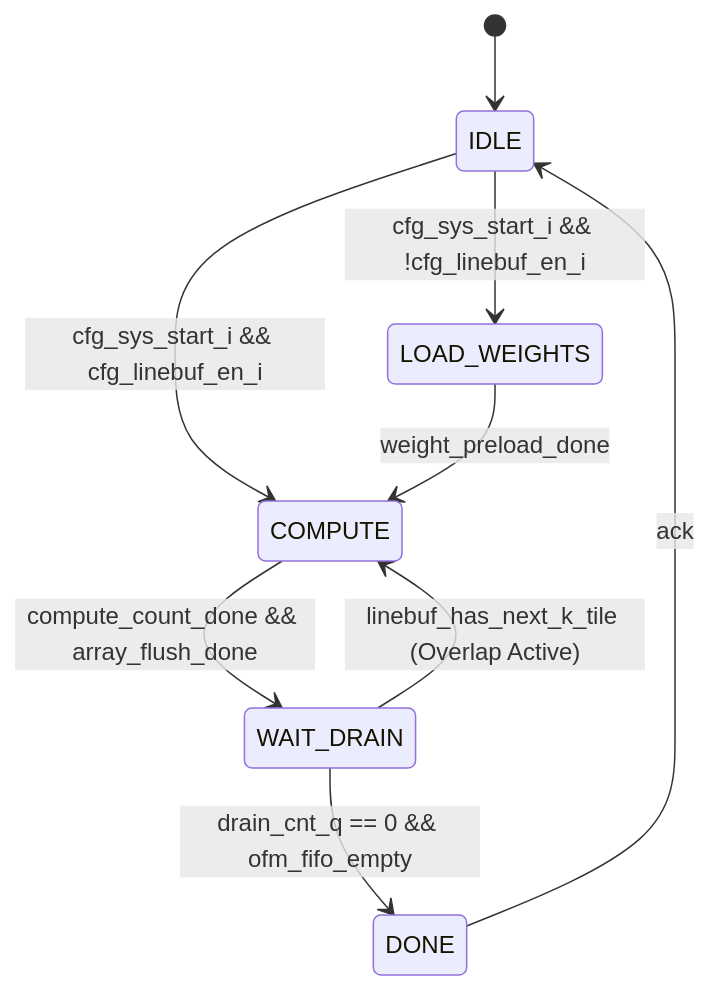
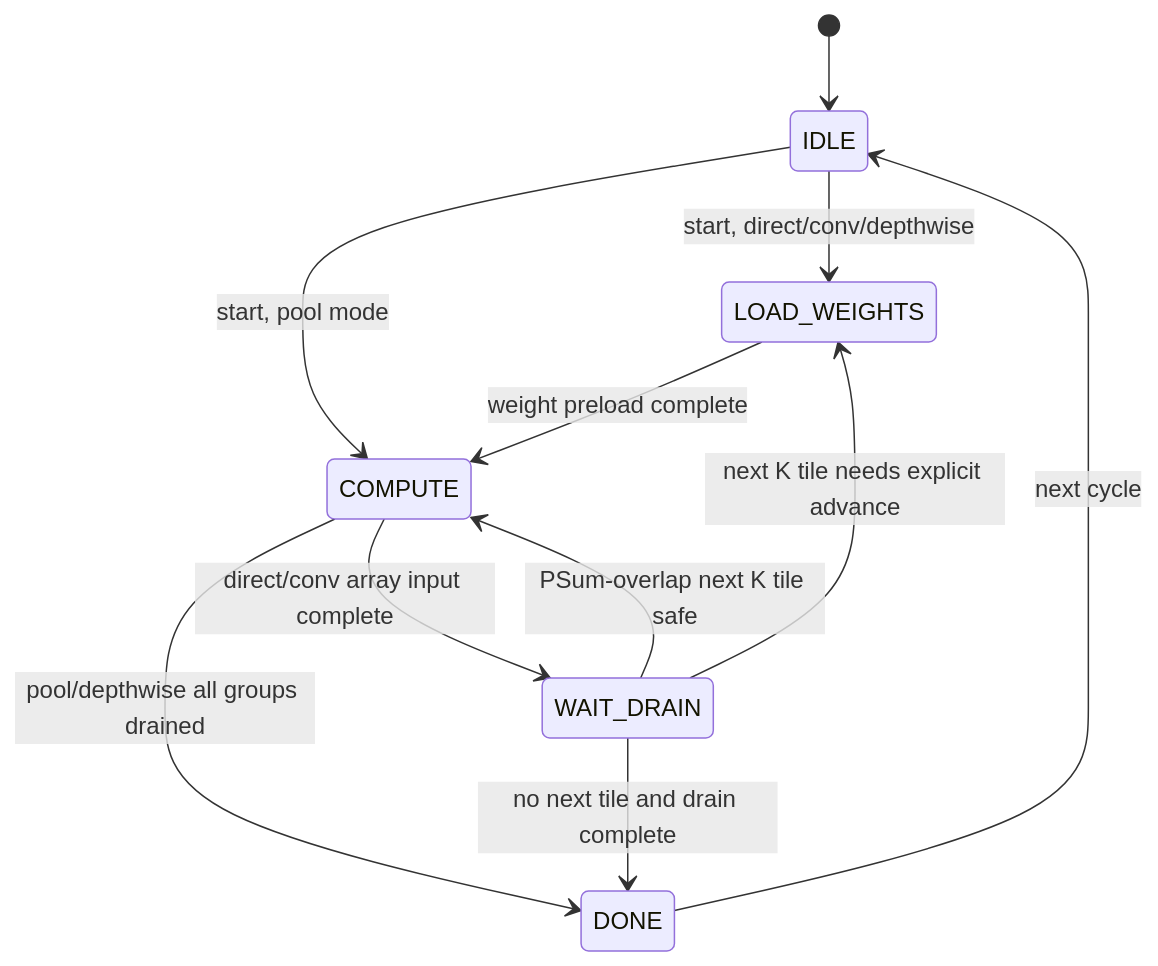
The second of 2 diagrams in docs/systolic_array_spec.md (hapv3/neural-ai), drawn with Mermaid before and after one commit. The commit also changed other lines of this file and 4 other files, not shown here.

````diff
--- a/docs/systolic_array_spec.md
+++ b/docs/systolic_array_spec.md
@@ -53,11 +136,13 @@
 ```mermaid
 stateDiagram-v2
     [*] --> IDLE
-    IDLE --> LOAD_WEIGHTS : cfg_sys_start_i && !cfg_linebuf_en_i
-    IDLE --> COMPUTE : cfg_sys_start_i && cfg_linebuf_en_i
-    LOAD_WEIGHTS --> COMPUTE : weight_preload_done
-    COMPUTE --> WAIT_DRAIN : compute_count_done && array_flush_done
-    WAIT_DRAIN --> COMPUTE : linebuf_has_next_k_tile (Overlap Active)
-    WAIT_DRAIN --> DONE : drain_cnt_q == 0 && ofm_fifo_empty
-    DONE --> IDLE : ack
+    IDLE --> LOAD_WEIGHTS : start, direct/conv/depthwise
+    IDLE --> COMPUTE : start, pool mode
+    LOAD_WEIGHTS --> COMPUTE : weight preload complete
+    COMPUTE --> WAIT_DRAIN : direct/conv array input complete
+    COMPUTE --> DONE : pool/depthwise all groups drained
+    WAIT_DRAIN --> COMPUTE : PSum-overlap next K tile safe
+    WAIT_DRAIN --> LOAD_WEIGHTS : next K tile needs explicit advance
+    WAIT_DRAIN --> DONE : no next tile and drain complete
+    DONE --> IDLE : next cycle
 ```
````
